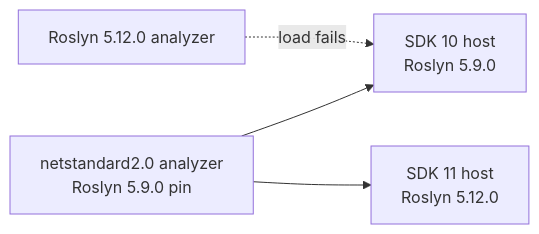
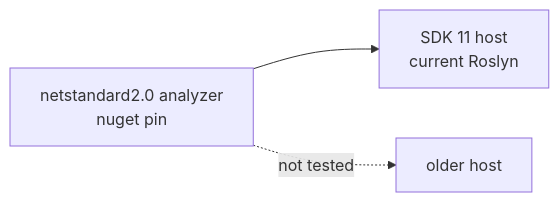
Before and after one commit to e128/dotnet-reference: the diagram in lode/dotnet/net11-upgrade.md, drawn with Mermaid. The commit also changed other lines of this file and 29 other files, not shown here.

````diff
--- a/lode/dotnet/net11-upgrade.md
+++ b/lode/dotnet/net11-upgrade.md
@@ -55,6 +51,5 @@
 ```mermaid
 flowchart LR
-    A[netstandard2.0 analyzer<br/>Roslyn 5.9.0 pin] --> B[SDK 10 host<br/>Roslyn 5.9.0]
-    A --> C[SDK 11 host<br/>Roslyn 5.12.0]
-    D[Roslyn 5.12.0 analyzer] -.->|load fails| B
+    A[netstandard2.0 analyzer<br/>nuget pin] --> B[SDK 11 host<br/>current Roslyn]
+    A -.->|not tested| C[older host]
 ```
````
